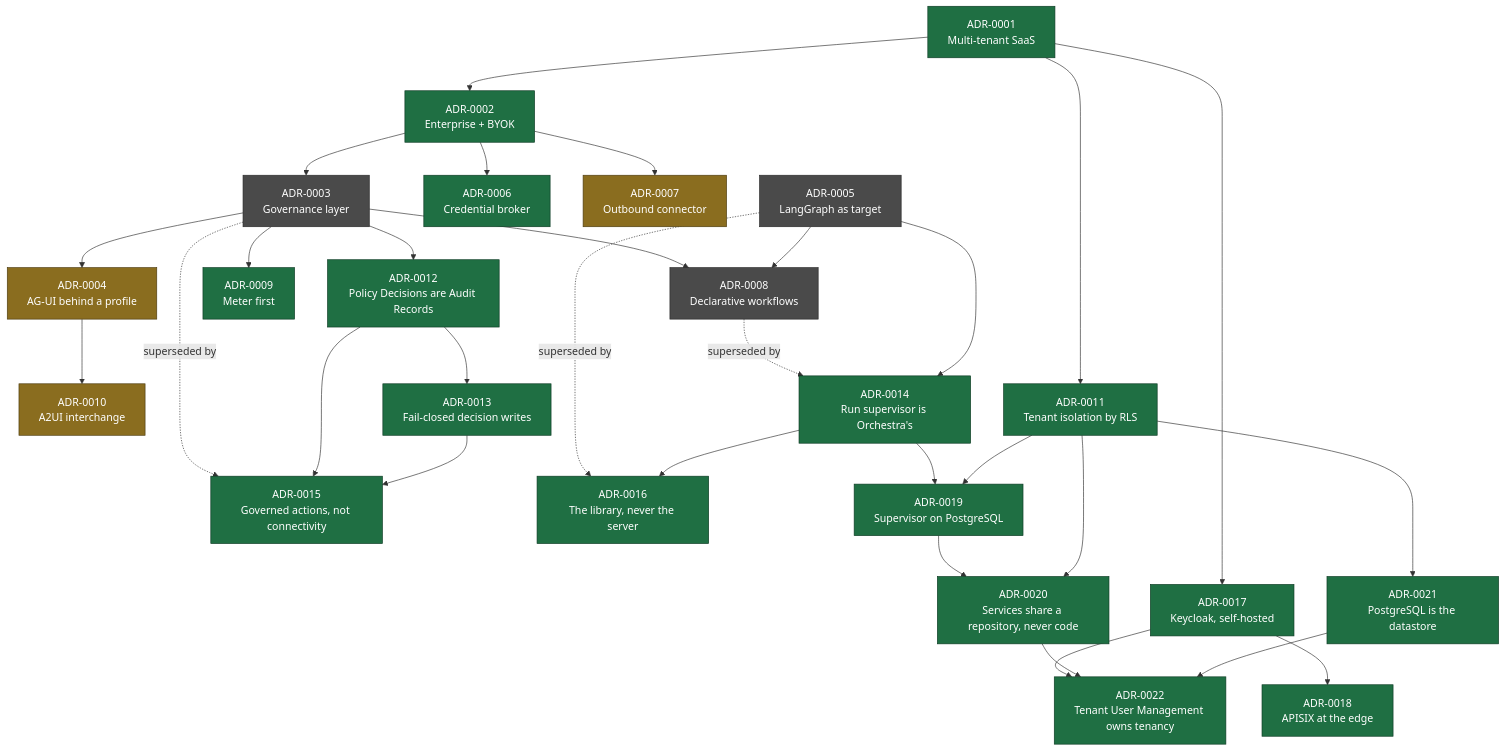
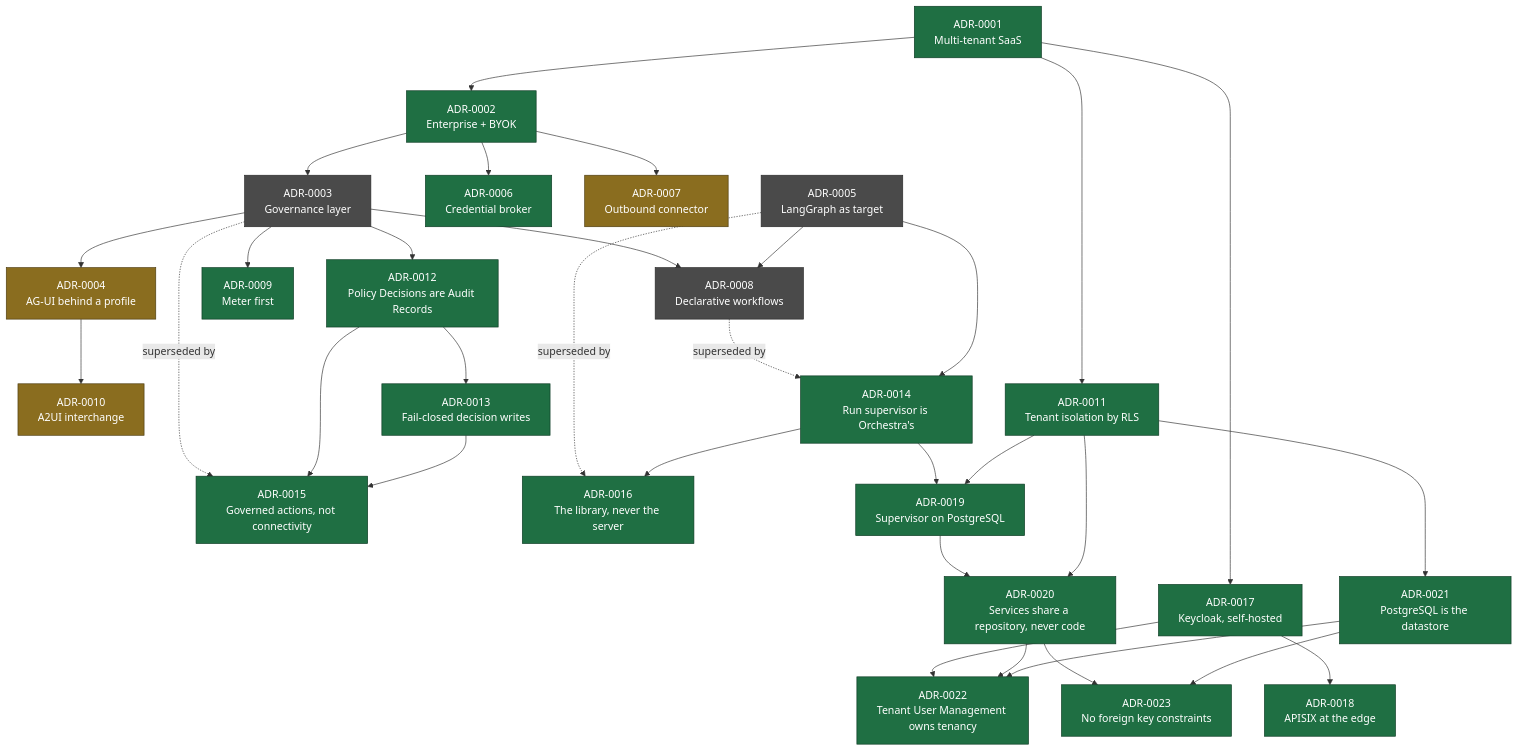
Before and after one commit to ayesigapaul/orchestra: the diagram in docs/adr/README.md, drawn with Mermaid. The commit also changed other lines of this file and 11 other files, not shown here.

First line of the commit message:
adr(adr): Drop foreign key constraints, and forbid cross-tenant references in policy instead (#32)

````diff
--- a/docs/adr/README.md
+++ b/docs/adr/README.md
@@ -55,39 +56,41 @@
 ```mermaid
 flowchart TD
   A1["ADR-0001<br/>Multi-tenant SaaS"] --> A2["ADR-0002<br/>Enterprise + BYOK"]
   A2 --> A3["ADR-0003<br/>Governance layer"]
   A2 --> A6["ADR-0006<br/>Credential broker"]
   A2 --> A7["ADR-0007<br/>Outbound connector"]
   A3 --> A4["ADR-0004<br/>AG-UI behind a profile"]
   A3 --> A8["ADR-0008<br/>Declarative workflows"]
   A3 --> A9["ADR-0009<br/>Meter first"]
   A5["ADR-0005<br/>LangGraph as target"] --> A8
   A4 --> A10["ADR-0010<br/>A2UI interchange"]
   A1 --> A11["ADR-0011<br/>Tenant isolation by RLS"]
   A3 --> A12["ADR-0012<br/>Policy Decisions are Audit Records"]
   A12 --> A13["ADR-0013<br/>Fail-closed decision writes"]
   A8 -.->|superseded by| A14["ADR-0014<br/>Run supervisor is Orchestra's"]
   A5 --> A14
   A3 -.->|superseded by| A15["ADR-0015<br/>Governed actions, not connectivity"]
   A12 --> A15
   A13 --> A15
   A5 -.->|superseded by| A16["ADR-0016<br/>The library, never the server"]
   A14 --> A16
   A1 --> A17["ADR-0017<br/>Keycloak, self-hosted"]
   A17 --> A18["ADR-0018<br/>APISIX at the edge"]
   A14 --> A19["ADR-0019<br/>Supervisor on PostgreSQL"]
   A11 --> A19
   A19 --> A20["ADR-0020<br/>Services share a repository, never code"]
   A11 --> A20
   A11 --> A21["ADR-0021<br/>PostgreSQL is the datastore"]
   A17 --> A22["ADR-0022<br/>Tenant User Management owns tenancy"]
   A20 --> A22
   A21 --> A22
+  A20 --> A23["ADR-0023<br/>No foreign key constraints"]
+  A21 --> A23
 
   classDef accepted fill:#1f6f43,stroke:#0d3b24,color:#fff;
   classDef proposed fill:#8a6d1f,stroke:#4d3c10,color:#fff;
   classDef superseded fill:#4a4a4a,stroke:#2a2a2a,color:#fff;
-  class A1,A2,A6,A9,A11,A12,A13,A14,A15,A16,A17,A18,A19,A20,A21,A22 accepted;
+  class A1,A2,A6,A9,A11,A12,A13,A14,A15,A16,A17,A18,A19,A20,A21,A22,A23 accepted;
   class A4,A7,A10 proposed;
   class A3,A5,A8 superseded;
 ```
````
